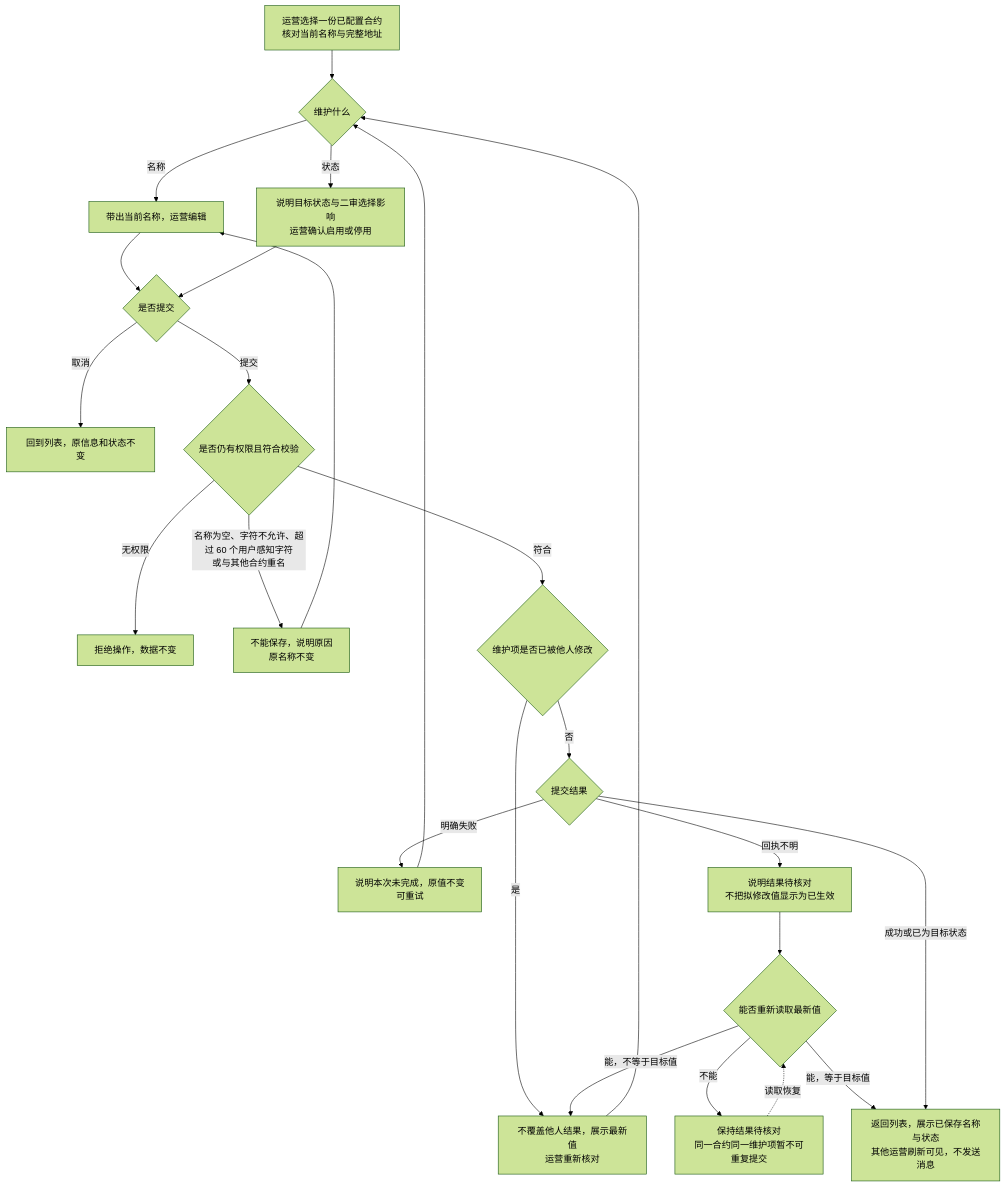
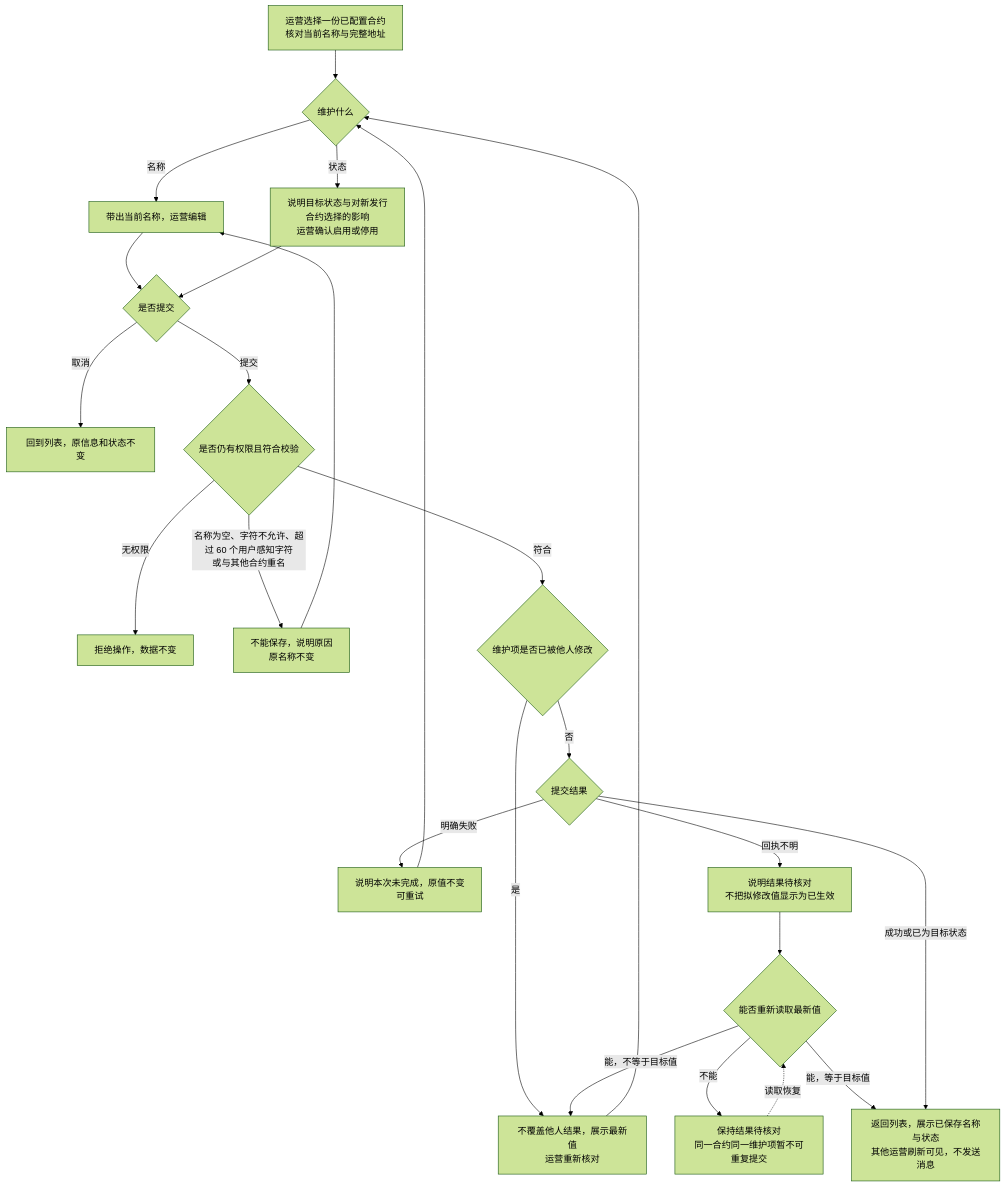
One commit to wxblockchain/Chain-Financing changed the third of 7 diagrams in token-issuance-platform/PRD/管理端/M6-合约管理/02-合约管理-流程图与状态机.md. Above: the diagram before and after it, drawn with Mermaid (forest theme). The commit also changed other lines of this file and 35 other files, not shown here.

````diff
--- a/token-issuance-platform/PRD/管理端/M6-合约管理/02-合约管理-流程图与状态机.md
+++ b/token-issuance-platform/PRD/管理端/M6-合约管理/02-合约管理-流程图与状态机.md
@@ -57,26 +58,26 @@
 ```mermaid
 flowchart TD
     A[运营选择一份已配置合约<br/>核对当前名称与完整地址] --> B{维护什么}
     B -->|名称| C[带出当前名称，运营编辑]
-    B -->|状态| D[说明目标状态与二审选择影响<br/>运营确认启用或停用]
+    B -->|状态| D[说明目标状态与对新发行<br/>合约选择的影响<br/>运营确认启用或停用]
     C --> E{是否提交}
     D --> E
     E -->|取消| F[回到列表，原信息和状态不变]
     E -->|提交| G{是否仍有权限且符合校验}
     G -->|无权限| H[拒绝操作，数据不变]
     G -->|名称为空、字符不允许、超过 60 个用户感知字符<br/>或与其他合约重名| I[不能保存，说明原因<br/>原名称不变]
     I --> C
     G -->|符合| J{维护项是否已被他人修改}
     J -->|是| K[不覆盖他人结果，展示最新值<br/>运营重新核对]
     K --> B
     J -->|否| L{提交结果}
     L -->|明确失败| M[说明本次未完成，原值不变<br/>可重试]
     M --> B
     L -->|回执不明| O[说明结果待核对<br/>不把拟修改值显示为已生效]
     O --> P{能否重新读取最新值}
     P -->|不能| Q[保持结果待核对<br/>同一合约同一维护项暂不可重复提交]
     Q -.读取恢复.-> P
     P -->|能，等于目标值| N
     P -->|能，不等于目标值| K
     L -->|成功或已为目标状态| N[返回列表，展示已保存名称与状态<br/>其他运营刷新可见，不发送消息]
 ```
````
